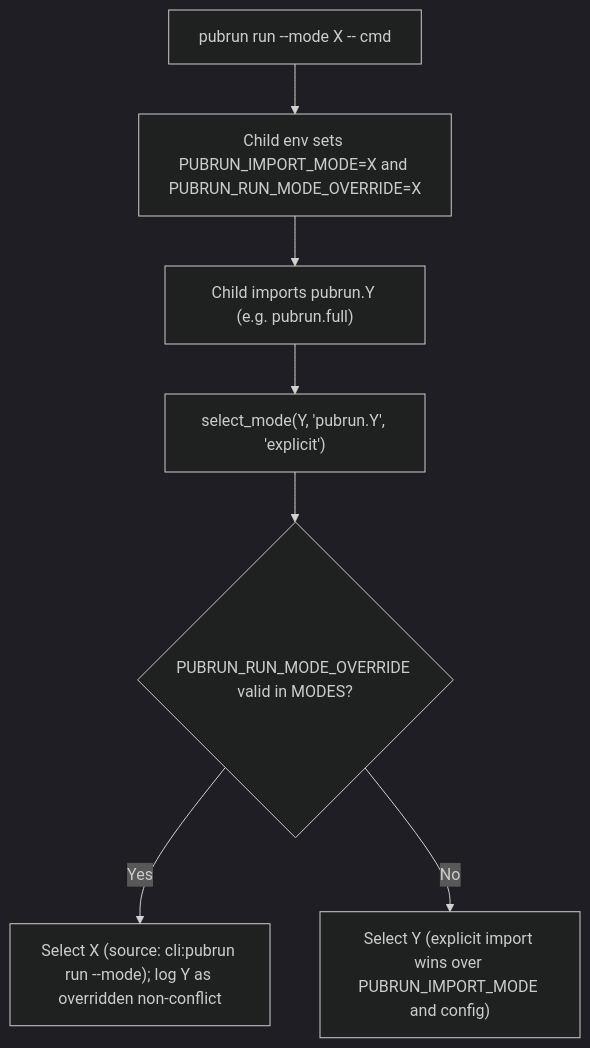
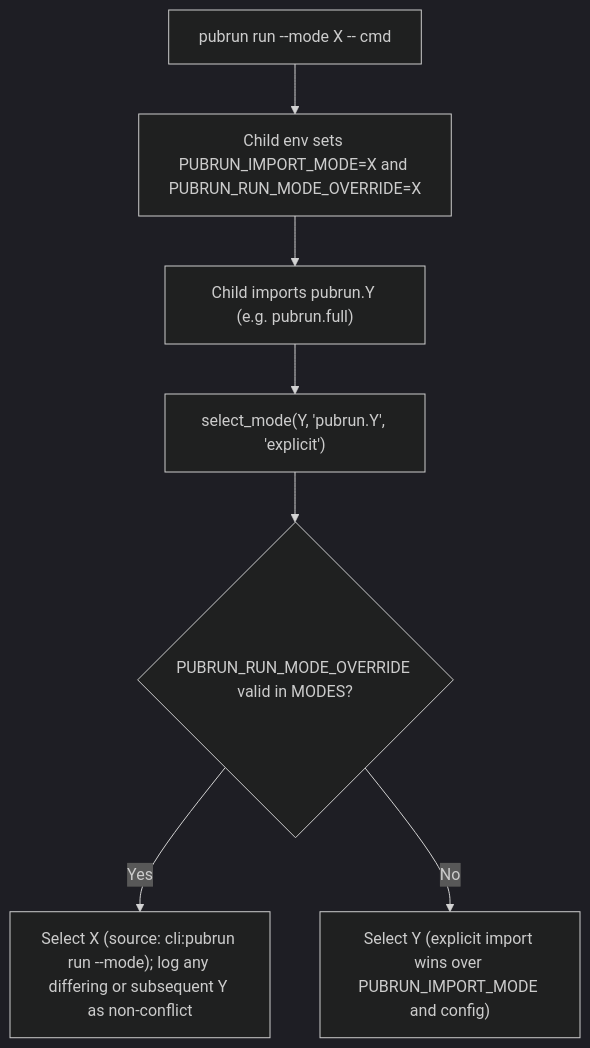
One commit to fariello/pubrun changed the diagram in .aw/records/plans/pending/20261124-oubh58-01-lhwy0t-implement-launch-time-pubrun-run-mode-override-over-in-code.ipd.md. Above: the diagram before and after it, drawn with Mermaid (dark theme). The commit also changed other lines of this file and 1 other file, not shown here.

````diff
--- a/.aw/records/plans/pending/20261124-oubh58-01-lhwy0t-implement-launch-time-pubrun-run-mode-override-over-in-code.ipd.md
+++ b/.aw/records/plans/pending/20261124-oubh58-01-lhwy0t-implement-launch-time-pubrun-run-mode-override-over-in-code.ipd.md
@@ -73,9 +77,9 @@
 ```mermaid
 flowchart TD
     L["pubrun run --mode X -- cmd"] --> E["Child env sets PUBRUN_IMPORT_MODE=X and PUBRUN_RUN_MODE_OVERRIDE=X"]
     E --> I["Child imports pubrun.Y (e.g. pubrun.full)"]
     I --> S["select_mode(Y, 'pubrun.Y', 'explicit')"]
     S --> C{"PUBRUN_RUN_MODE_OVERRIDE valid in MODES?"}
-    C -->|Yes| W["Select X (source: cli:pubrun run --mode); log Y as overridden non-conflict"]
+    C -->|Yes| W["Select X (source: cli:pubrun run --mode); log any differing or subsequent Y as non-conflict"]
     C -->|No| N["Select Y (explicit import wins over PUBRUN_IMPORT_MODE and config)"]
 ```
````
